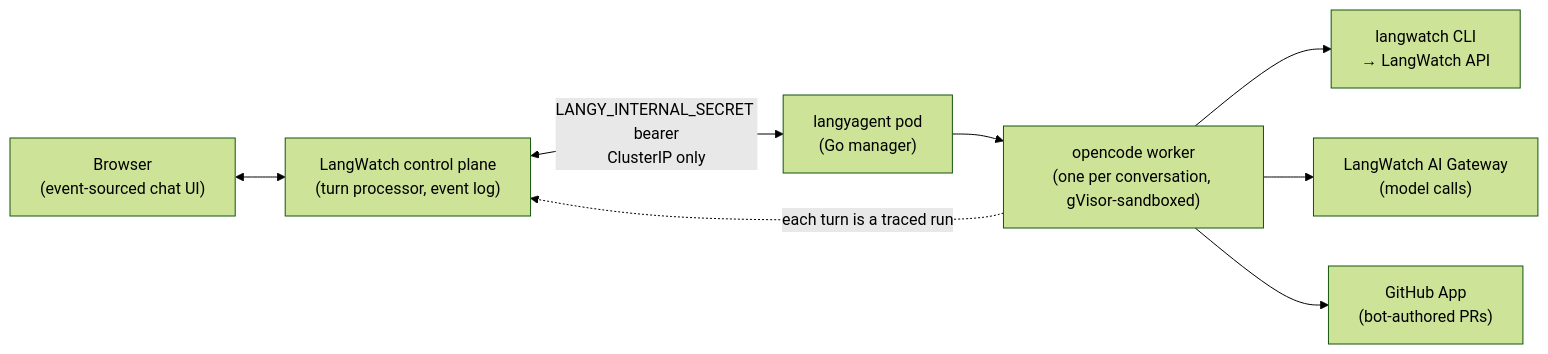
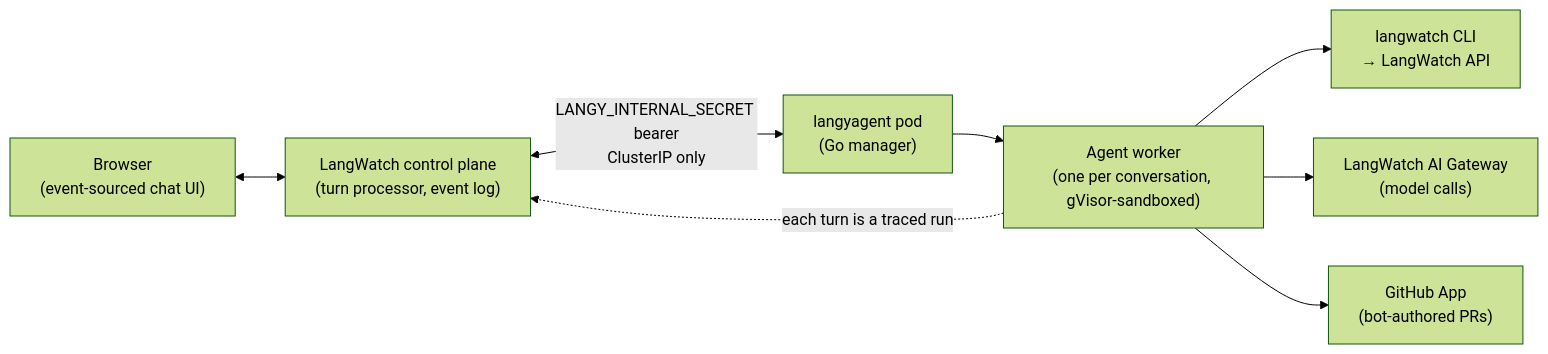
One commit to langwatch/langwatch changed the diagram in docs/langy/how-langy-works.mdx. Above: the diagram before and after it, drawn with Mermaid (forest theme). The commit also changed other lines of this file and 12 other files, not shown here.

````diff
--- a/docs/langy/how-langy-works.mdx
+++ b/docs/langy/how-langy-works.mdx
@@ -21,18 +21,18 @@
 ```mermaid
 graph LR
   browser["Browser<br/>(event-sourced chat UI)"]
   control["LangWatch control plane<br/>(turn processor, event log)"]
   manager["langyagent pod<br/>(Go manager)"]
-  worker["opencode worker<br/>(one per conversation, gVisor-sandboxed)"]
+  worker["Agent worker<br/>(one per conversation, gVisor-sandboxed)"]
   cli["langwatch CLI<br/>&rarr; LangWatch API"]
   gateway["LangWatch AI Gateway<br/>(model calls)"]
   github["GitHub App<br/>(bot-authored PRs)"]
 
   browser <--> control
   control <-->|"LANGY_INTERNAL_SECRET bearer<br/>ClusterIP only"| manager
   manager --> worker
   worker --> cli
   worker --> gateway
   worker --> github
   worker -.->|"each turn is a traced run"| control
 ```
````
